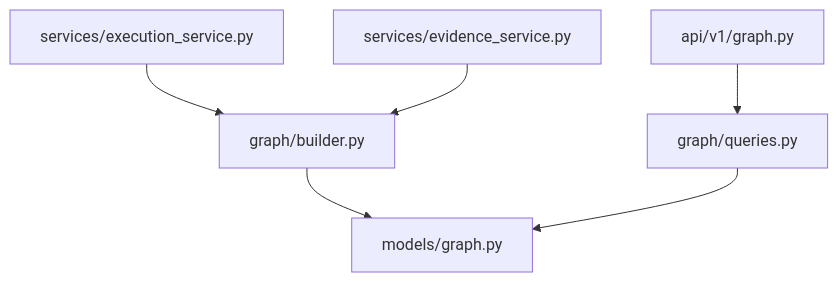
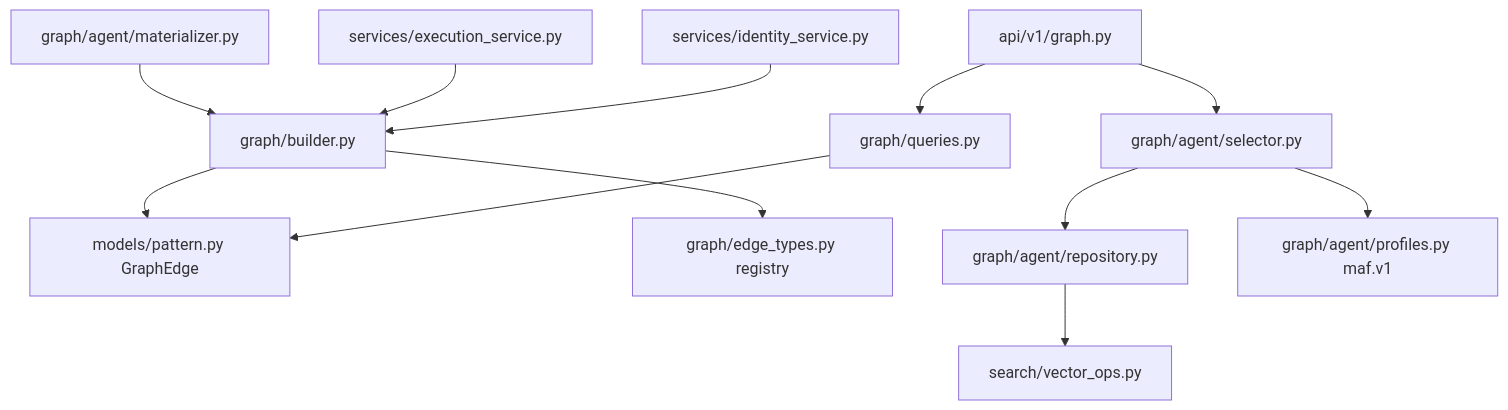
Before and after one commit to Valuedx/ContextEdge: the fifth of 7 diagrams in docs/12_File_Dependency_Map.md, drawn with Mermaid. The commit also changed other lines of this file and 48 other files, not shown here.

````diff
--- a/docs/12_File_Dependency_Map.md
+++ b/docs/12_File_Dependency_Map.md
@@ -160,8 +280,14 @@
 ```mermaid
 graph TD
-    Builder[graph/builder.py] --> Models[models/graph.py]
+    Builder[graph/builder.py] --> Models[models/pattern.py GraphEdge]
+    Builder --> Reg[graph/edge_types.py registry]
     Queries[graph/queries.py] --> Models
+    Mat[graph/agent/materializer.py] --> Builder
+    Sel[graph/agent/selector.py] --> Repo[graph/agent/repository.py]
+    Sel --> Prof[graph/agent/profiles.py maf.v1]
+    Repo --> VO[search/vector_ops.py]
     Execution[services/execution_service.py] --> Builder
-    Evidence[services/evidence_service.py] --> Builder
+    Identity[services/identity_service.py] --> Builder
     API[api/v1/graph.py] --> Queries
+    API --> Sel
 ```
````
